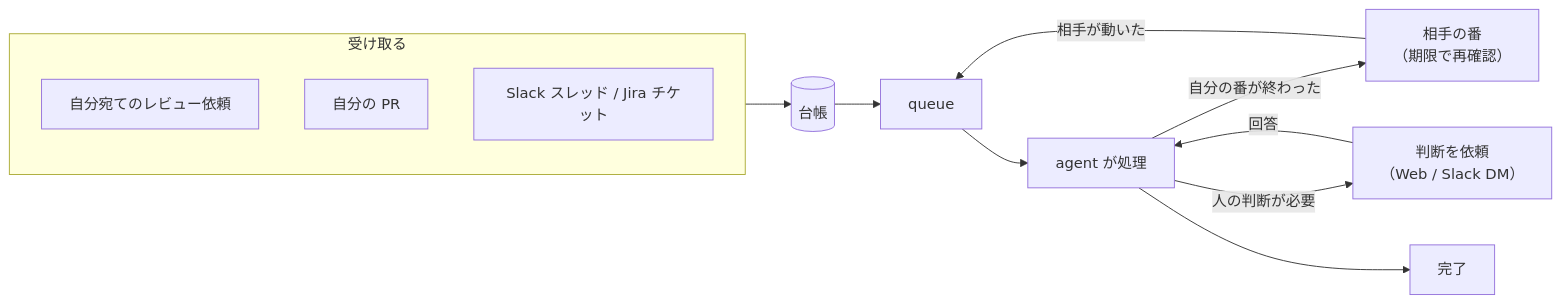
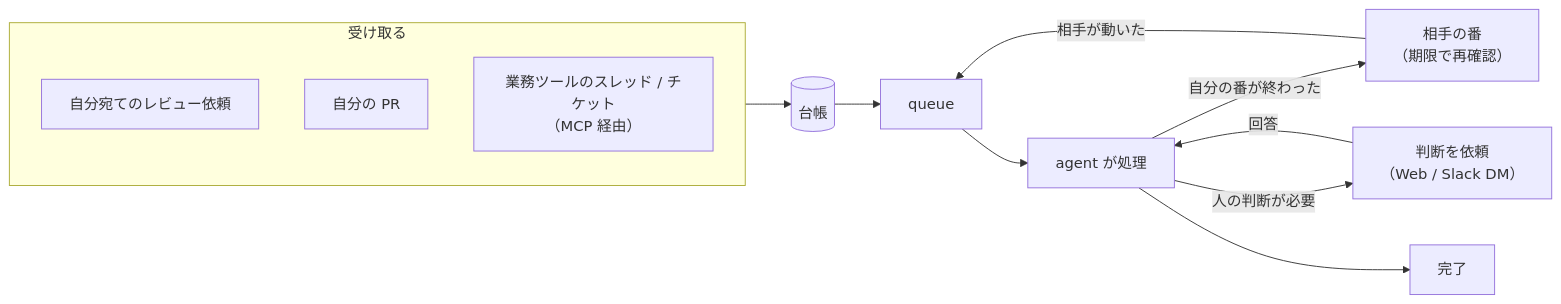
The first of 2 diagrams in README.md (HikaruEgashira/ledger), drawn with Mermaid before and after one commit. The commit also changed other lines of this file and 16 other files, not shown here.

Commit message:
Generalize Slack/Jira tasks into MCP connectors under skills/sources

````diff
--- a/README.md
+++ b/README.md
@@ -19,16 +19,16 @@
 ```mermaid
 flowchart LR
   subgraph intake["受け取る"]
     rr["自分宛てのレビュー依頼"]
     own["自分の PR"]
-    sj["Slack スレッド / Jira チケット"]
+    sj["業務ツールのスレッド / チケット<br/>（MCP 経由）"]
   end
   intake --> ledger[("台帳")]
   ledger --> queue["queue"]
   queue --> worker["agent が処理"]
   worker -->|自分の番が終わった| wait["相手の番<br/>（期限で再確認）"]
   worker -->|人の判断が必要| human["判断を依頼<br/>（Web / Slack DM）"]
   human -->|回答| worker
   wait -->|相手が動いた| queue
   worker --> done["完了"]
 ```
````
